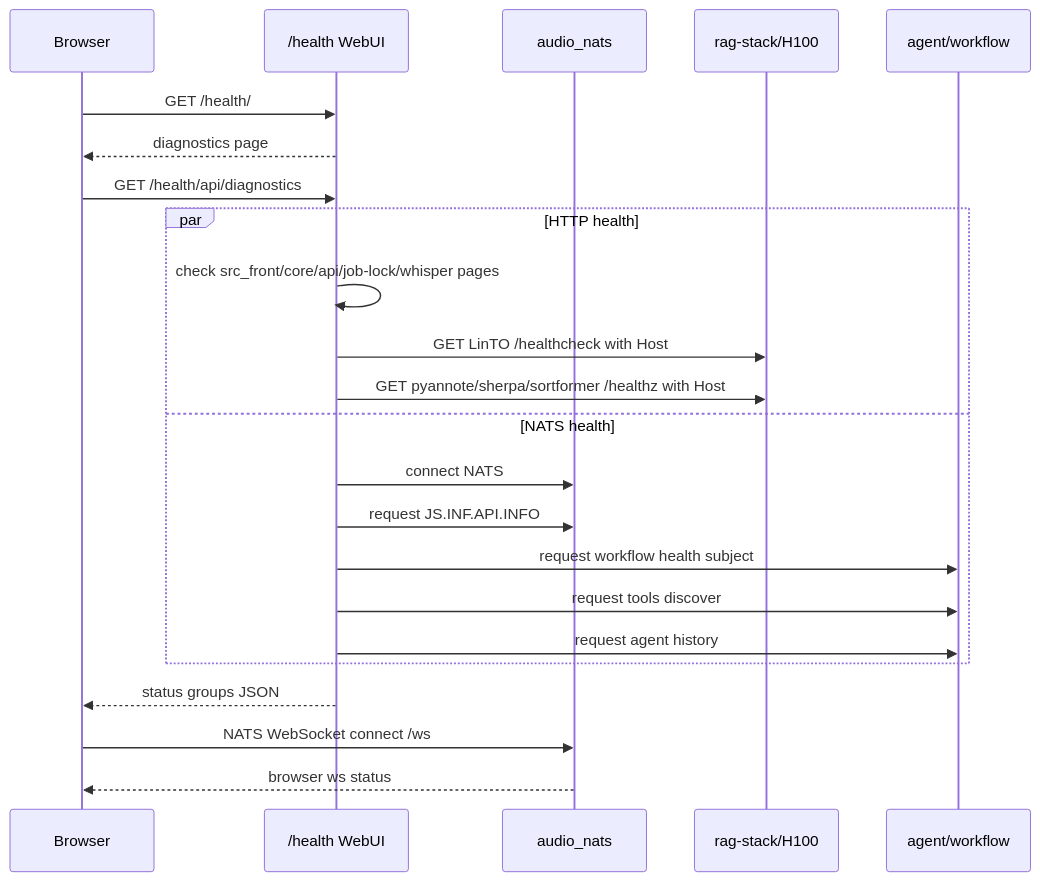
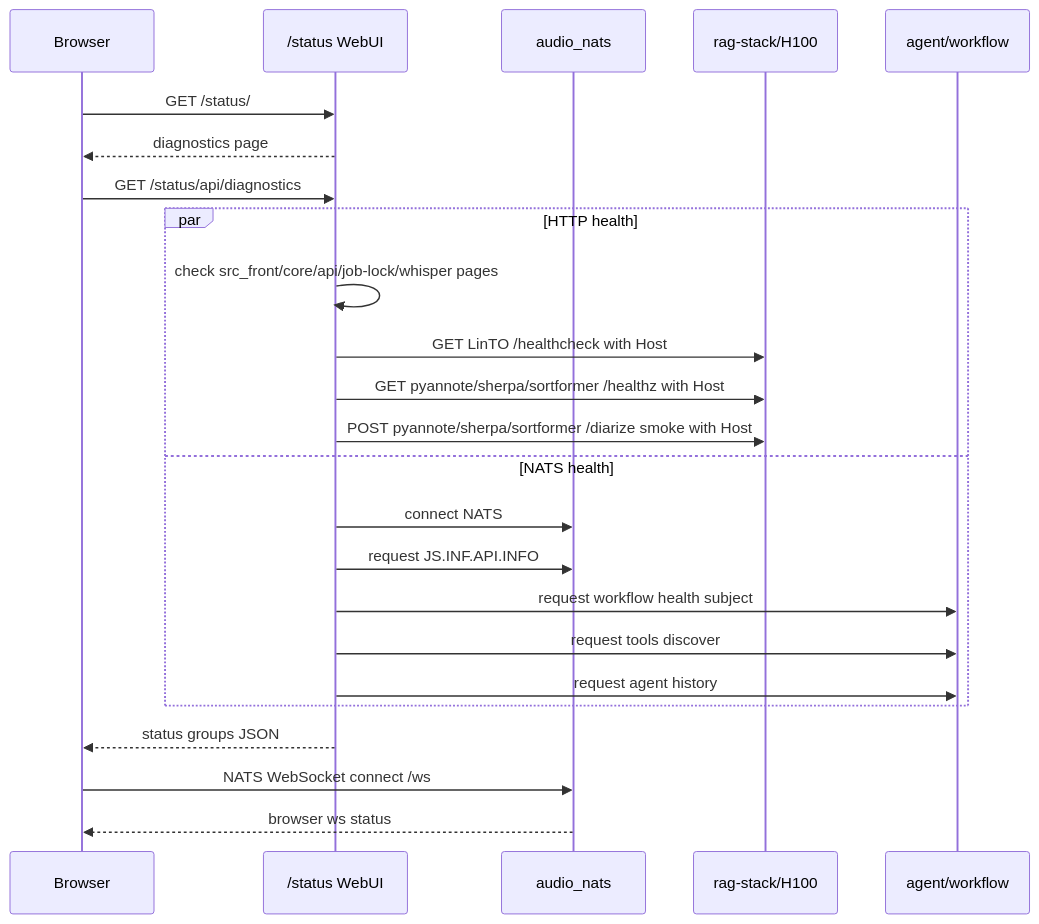
The second of 5 diagrams in DOCS/DIAGNOSTICS.md (komaroffsergei/webrtc-komaroff), drawn with Mermaid before and after one commit. The commit also changed other lines of this file and 6 other files, not shown here.

Commit message:
Route status diagnostics through whisper service

````diff
--- a/DOCS/DIAGNOSTICS.md
+++ b/DOCS/DIAGNOSTICS.md
@@ -88,26 +89,27 @@
 ```mermaid
 sequenceDiagram
     participant B as Browser
-    participant H as /health WebUI
+    participant H as /status WebUI
     participant N as audio_nats
     participant R as rag-stack/H100
     participant A as agent/workflow
 
-    B->>H: GET /health/
+    B->>H: GET /status/
     H-->>B: diagnostics page
-    B->>H: GET /health/api/diagnostics
+    B->>H: GET /status/api/diagnostics
     par HTTP health
         H->>H: check src_front/core/api/job-lock/whisper pages
         H->>R: GET LinTO /healthcheck with Host
         H->>R: GET pyannote/sherpa/sortformer /healthz with Host
+        H->>R: POST pyannote/sherpa/sortformer /diarize smoke with Host
     and NATS health
         H->>N: connect NATS
         H->>N: request JS.INF.API.INFO
         H->>A: request workflow health subject
         H->>A: request tools discover
         H->>A: request agent history
     end
     H-->>B: status groups JSON
     B->>N: NATS WebSocket connect /ws
     N-->>B: browser ws status
 ```
````
